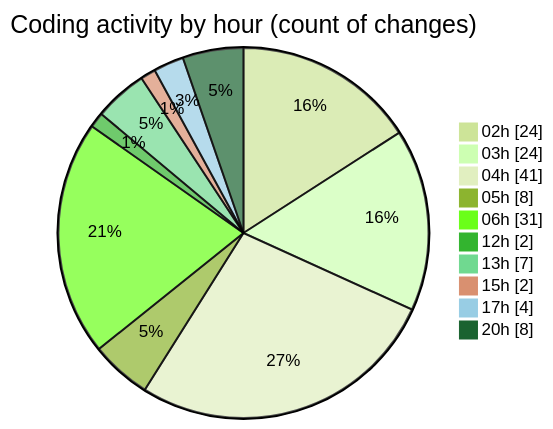
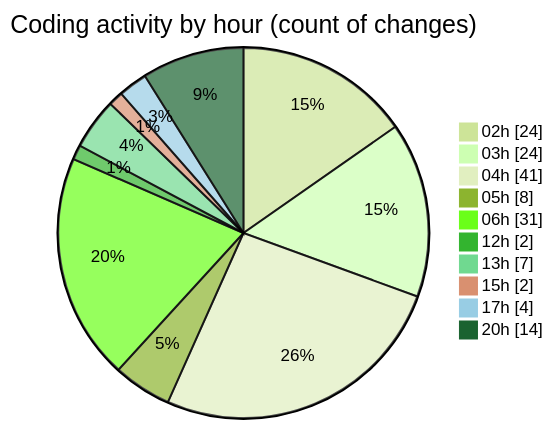
Before and after one commit to lephambinh05/code-tracking: the second of 2 diagrams in 2025-07-23/quanlyrapchieuphim/README.md, drawn with Mermaid (forest theme). The commit also changed other lines of this file and 1 other file, not shown here.

````diff
--- a/2025-07-23/quanlyrapchieuphim/README.md
+++ b/2025-07-23/quanlyrapchieuphim/README.md
@@ -44,14 +44,14 @@
 ```mermaid
 pie showData
 title Coding activity by hour (count of changes)
 "02h" : 24
 "03h" : 24
 "04h" : 41
 "05h" : 8
 "06h" : 31
 "12h" : 2
 "13h" : 7
 "15h" : 2
 "17h" : 4
-"20h" : 8
+"20h" : 14
 ```
````
